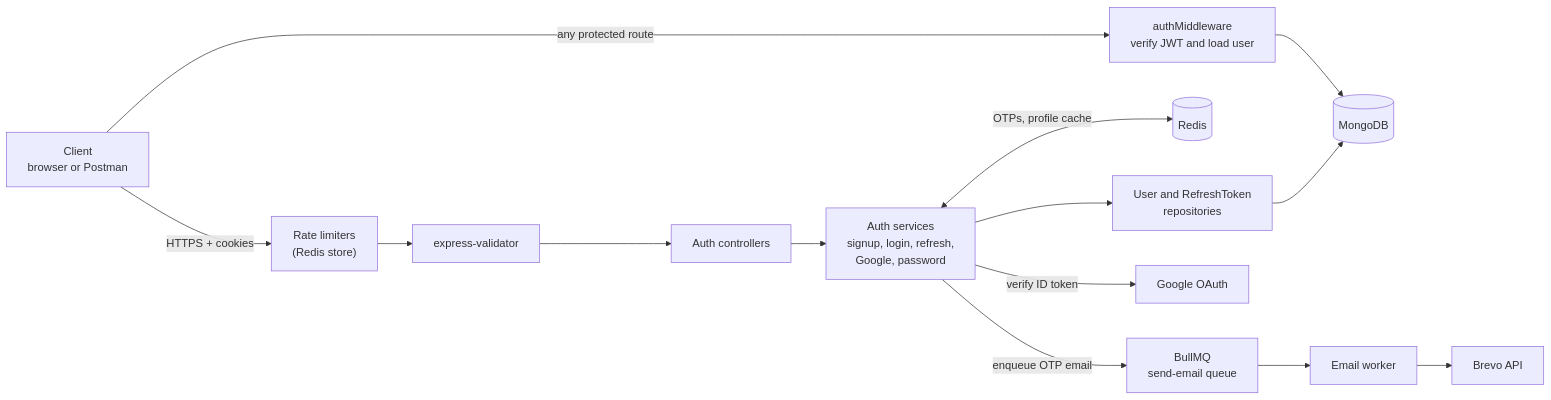
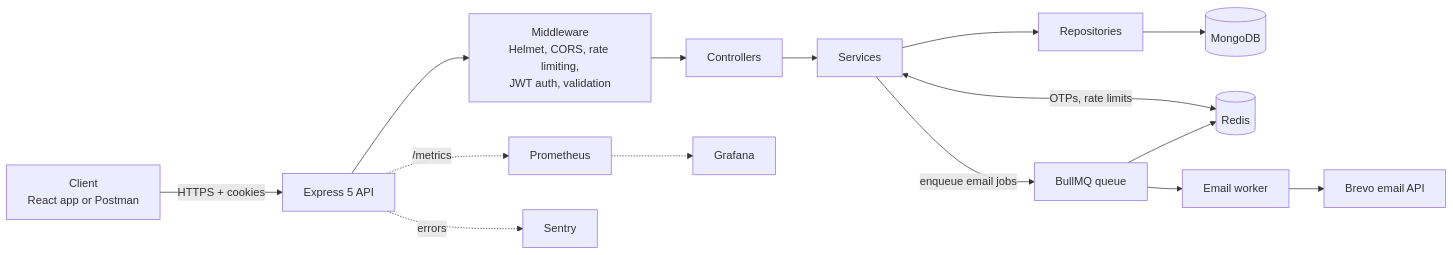
One commit to nikhilsingh2764/scalable-authentication-api changed the first of 6 diagrams in README.md. Above: the diagram before and after it, drawn with Mermaid. The commit also changed other lines of this file, not shown here.

First line of the commit message:
Revise README for Authentication API enhancements

````diff
--- a/README.md
+++ b/README.md
@@ -79,19 +78,19 @@
 ```mermaid
 flowchart LR
-    Client["Client<br/>browser or Postman"] -->|"HTTPS + cookies"| RL["Rate limiters<br/>(Redis store)"]
-    RL --> VAL["express-validator"]
-    VAL --> CTRL["Auth controllers"]
-    CTRL --> SVC["Auth services<br/>signup, login, refresh,<br/>Google, password"]
+    Client["Client<br/>React app or Postman"] -->|HTTPS + cookies| API["Express 5 API"]
 
-    SVC --> REPO["User and RefreshToken<br/>repositories"]
-    REPO --> MONGO[("MongoDB")]
+    API --> MW["Middleware<br/>Helmet, CORS, rate limiting,<br/>JWT auth, validation"]
+    MW --> CTRL["Controllers"]
+    CTRL --> SVC["Services"]
+    SVC --> REPO["Repositories"]
+    REPO --> DB[("MongoDB")]
 
-    SVC <-->|"OTPs, profile cache"| REDIS[("Redis")]
-    SVC -->|"enqueue OTP email"| QUEUE["BullMQ<br/>send-email queue"]
-    QUEUE --> WORKER["Email worker"] --> BREVO["Brevo API"]
+    SVC <-->|OTPs, rate limits| REDIS[("Redis")]
+    SVC -->|enqueue email jobs| QUEUES["BullMQ queue"]
+    QUEUES --> REDIS
+    QUEUES --> WORKERS["Email worker"]
+    WORKERS --> BREVO["Brevo email API"]
 
-    SVC -->|"verify ID token"| GOOGLE["Google OAuth"]
-
-    Client -->|"any protected route"| AUTHMW["authMiddleware<br/>verify JWT and load user"]
-    AUTHMW --> MONGO
+    API -.->|/metrics| PROM["Prometheus"] -.-> GRAF["Grafana"]
+    API -.->|errors| SENTRY["Sentry"]
 ```
````
